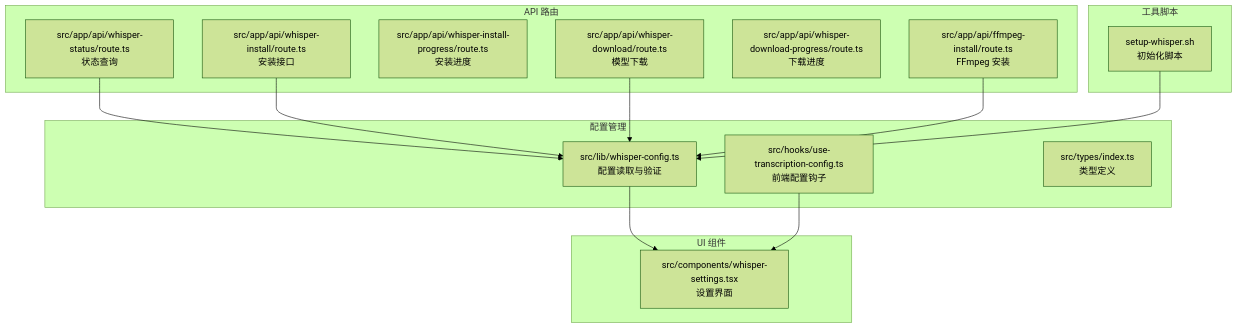
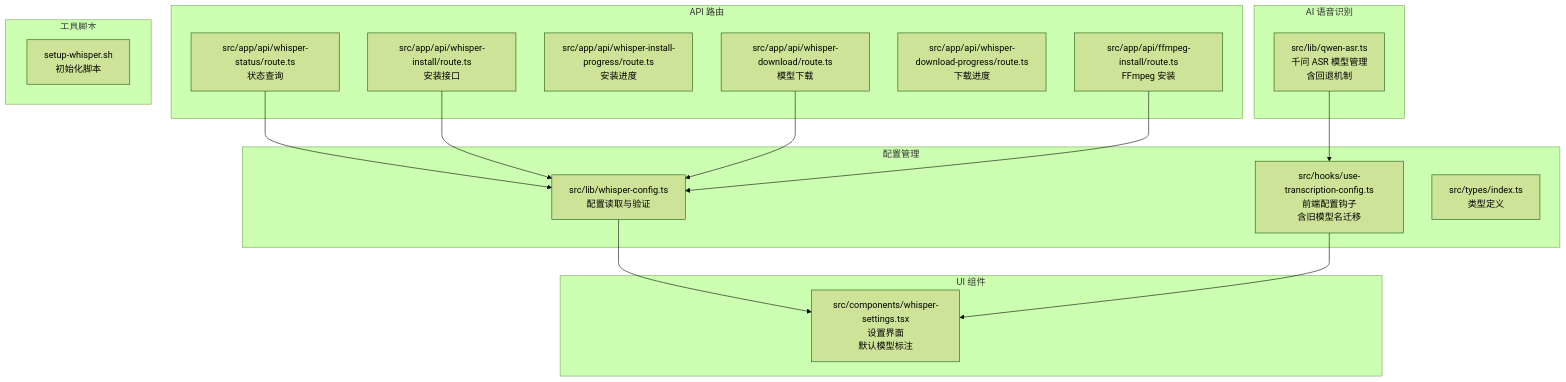
The first of 8 diagrams in .qoder/repowiki/zh/content/Whisper Configuration.md (clawbotai/memo-flow), drawn with Mermaid (forest theme) before and after one commit. The commit also changed other lines of this file and 18 other files, not shown here.

````diff
--- a/.qoder/repowiki/zh/content/Whisper Configuration.md
+++ b/.qoder/repowiki/zh/content/Whisper Configuration.md
@@ -40,29 +50,32 @@
 ```mermaid
 graph TB
 subgraph "配置管理"
 WC[src/lib/whisper-config.ts<br/>配置读取与验证]
-UT[src/hooks/use-transcription-config.ts<br/>前端配置钩子]
+UT[src/hooks/use-transcription-config.ts<br/>前端配置钩子<br/>含旧模型名迁移]
 TS[src/types/index.ts<br/>类型定义]
 end
+subgraph "AI 语音识别"
+QASR[src/lib/qwen-asr.ts<br/>千问 ASR 模型管理<br/>含回退机制]
+end
 subgraph "UI 组件"
-WS[src/components/whisper-settings.tsx<br/>设置界面]
+WS[src/components/whisper-settings.tsx<br/>设置界面<br/>默认模型标注]
 end
 subgraph "API 路由"
 WS_API[src/app/api/whisper-status/route.ts<br/>状态查询]
 WI_API[src/app/api/whisper-install/route.ts<br/>安装接口]
 WIP_API[src/app/api/whisper-install-progress/route.ts<br/>安装进度]
 WD_API[src/app/api/whisper-download/route.ts<br/>模型下载]
 WDP_API[src/app/api/whisper-download-progress/route.ts<br/>下载进度]
 FI_API[src/app/api/ffmpeg-install/route.ts<br/>FFmpeg 安装]
 end
 subgraph "工具脚本"
 SH[setup-whisper.sh<br/>初始化脚本]
 end
 WC --> WS
 UT --> WS
 WS_API --> WC
 WI_API --> WC
 WD_API --> WC
 FI_API --> WC
-SH --> WC
+QASR --> UT
 ```
````
